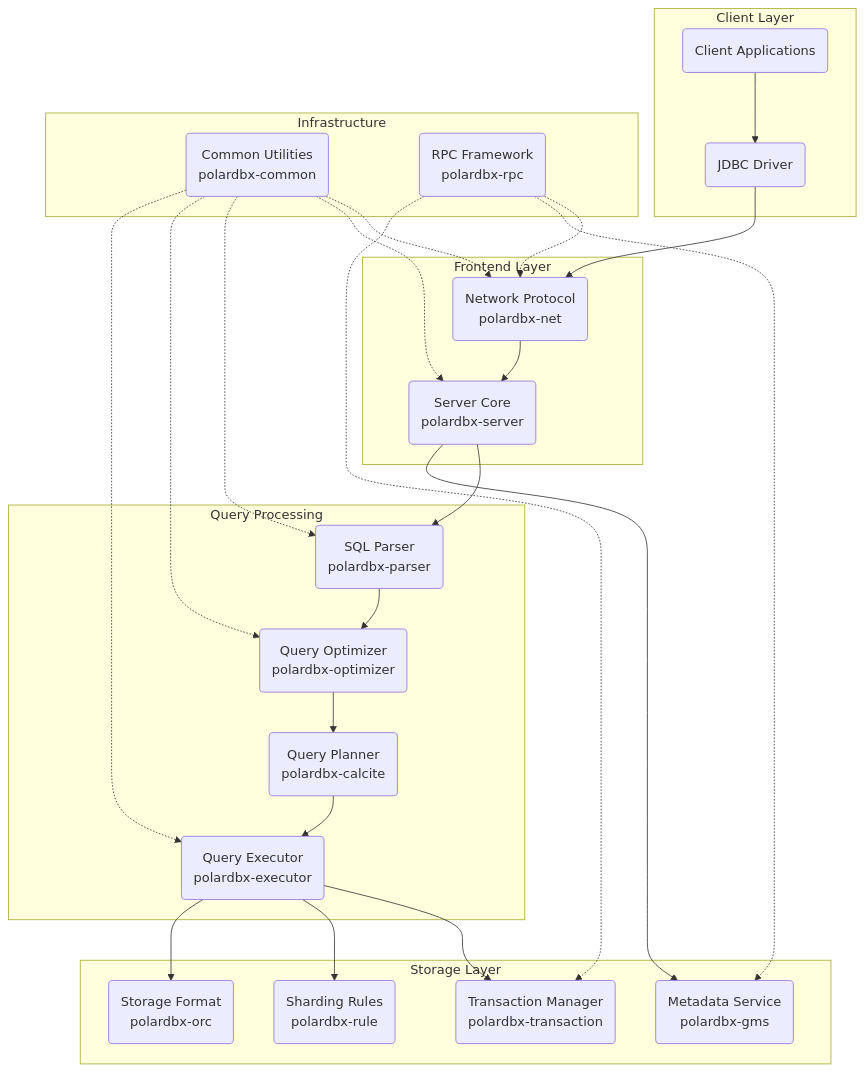
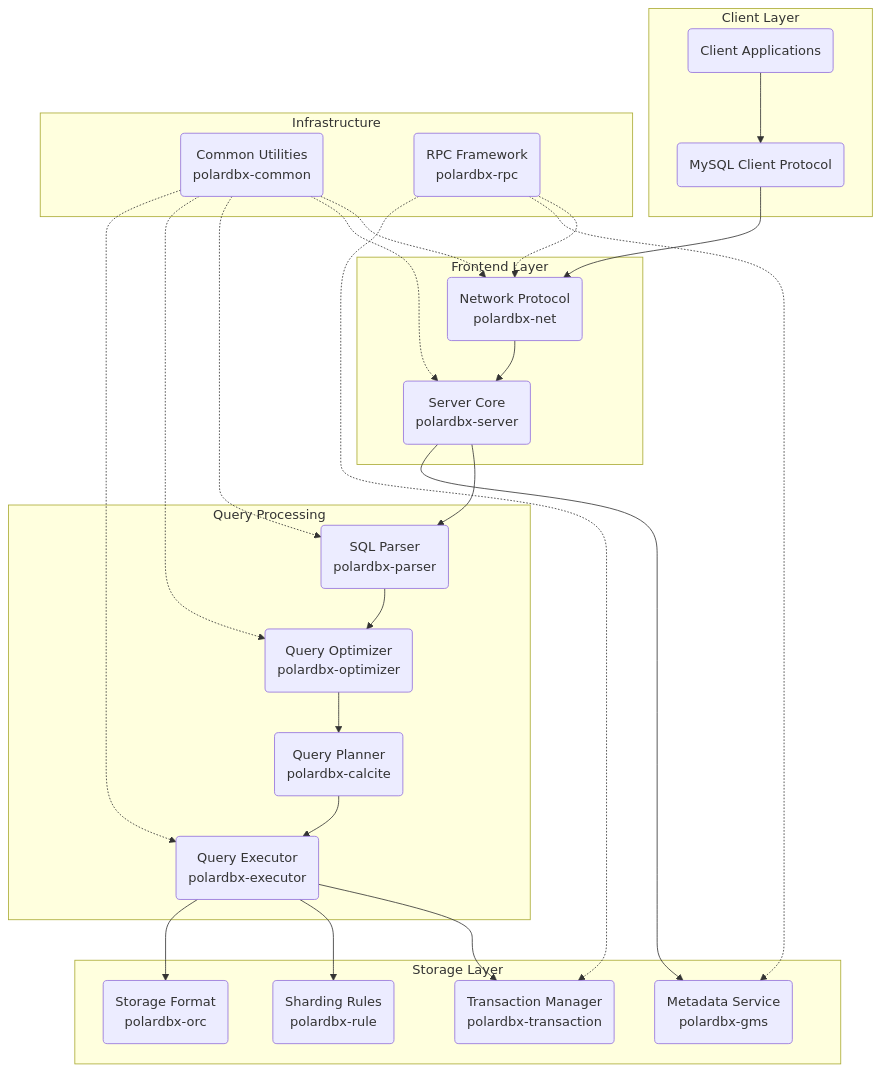
The diagram in db/polardbx/docs/polar_sql.md (wilhasse/courses), drawn with Mermaid before and after one commit. The commit also changed 4 other files, not shown here.

````diff
--- a/db/polardbx/docs/polar_sql.md
+++ b/db/polardbx/docs/polar_sql.md
@@ -3,44 +3,43 @@
 ```mermaid
-
 graph TB
     subgraph Client Layer
         Client(Client Applications)
-        MySQL(JDBC Driver)
+        MySQL(MySQL Client Protocol)
     end
     
     subgraph Frontend Layer
         NET(Network Protocol<br>polardbx-net)
         Server(Server Core<br>polardbx-server)
     end
     
     subgraph Query Processing
         Parser(SQL Parser<br>polardbx-parser)
         Optimizer(Query Optimizer<br>polardbx-optimizer)
         Calcite(Query Planner<br>polardbx-calcite)
         Executor(Query Executor<br>polardbx-executor)
     end
     
     subgraph Storage Layer
         Transaction(Transaction Manager<br>polardbx-transaction)
         Rule(Sharding Rules<br>polardbx-rule)
         GMS(Metadata Service<br>polardbx-gms)
         ORC(Storage Format<br>polardbx-orc)
     end
     
     subgraph Infrastructure
         Common(Common Utilities<br>polardbx-common)
         RPC(RPC Framework<br>polardbx-rpc)
     end
     
     %% Main flow
     Client --> MySQL --> NET --> Server
     Server --> Parser --> Optimizer --> Calcite --> Executor
     Executor --> Transaction
     Executor --> Rule
     Executor --> ORC
     Server --> GMS
     
     %% Infrastructure dependencies
     Common -.-> NET & Server & Parser & Optimizer & Executor
     RPC -.-> NET & GMS & Transaction
 ```
````
